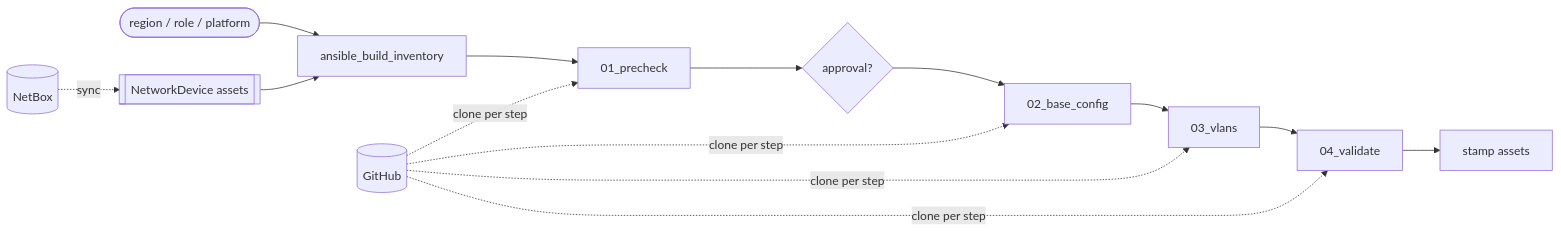
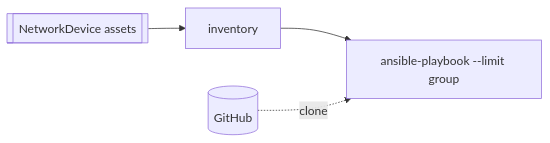
One commit to kestra-io/cs-examples changed the diagram in solutions.ansible/README.md. Above: the diagram before and after it, drawn with Mermaid. The commit also changed other lines of this file and 11 other files, not shown here.

First line of the commit message:
refactor(solutions.ansible): run one playbook against asset-defined groups, drop NetBox

````diff
--- a/solutions.ansible/README.md
+++ b/solutions.ansible/README.md
@@ -23,10 +16,6 @@
 ```mermaid
 flowchart LR
-    NB[(NetBox)] -.sync.-> A[[NetworkDevice assets]]
-    I([region / role / platform]) --> INV[ansible_build_inventory]
-    A --> INV
-    INV --> P[01_precheck]
-    P --> G{approval?}
-    G --> C1[02_base_config] --> C2[03_vlans] --> V[04_validate] --> S[stamp assets]
-    GH[(GitHub)] -. clone per step .-> P & C1 & C2 & V
+    A[[NetworkDevice assets]] --> INV[inventory]
+    INV --> RUN[ansible-playbook --limit group]
+    GH[(GitHub)] -. clone .-> RUN
 ```
````
